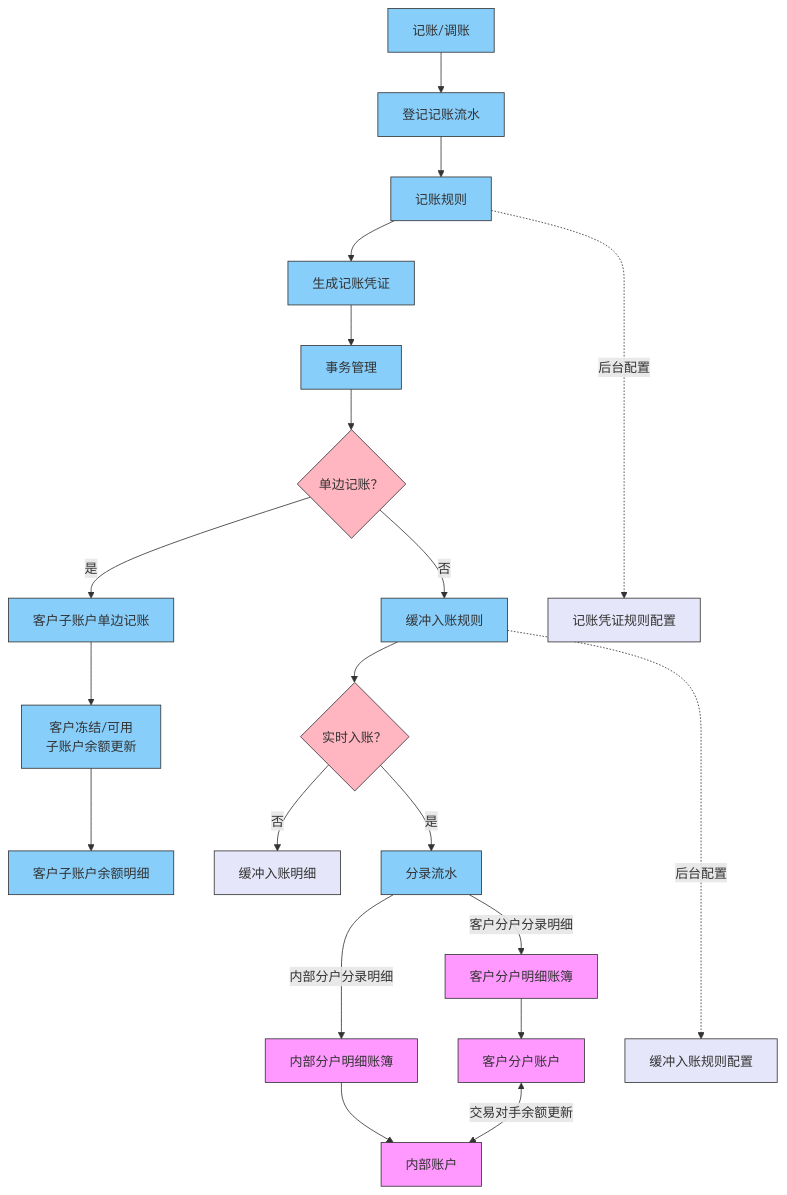
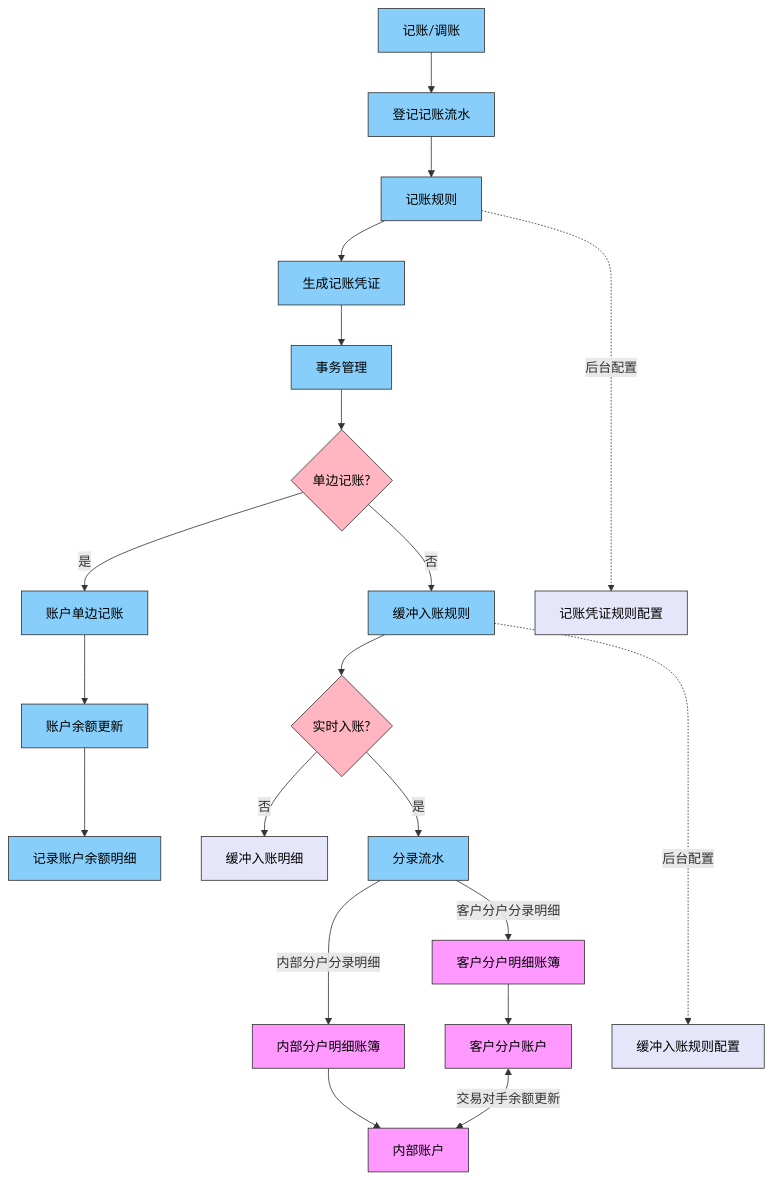
One commit to KayCheung/accounting changed the diagram in docs/design/flowchart/accounting_flow.mmd. Above: the diagram before and after it, drawn with Mermaid. The commit also changed 8 other files, not shown here.

```diff
--- a/docs/design/flowchart/accounting_flow.mmd
+++ b/docs/design/flowchart/accounting_flow.mmd
@@ -1,50 +1,50 @@
 %% 入账流程
 
 flowchart TB
-    classDef startend fill:#f9f,stroke:#333,stroke-width:1px
-    classDef process fill:#87CEFA,stroke:#333,stroke-width:1px
-    classDef decision fill:#FFB6C1,stroke:#333,stroke-width:1px
-    classDef config fill:#E6E6FA,stroke:#333,stroke-width:1px
+    classDef startend fill:#f9f,stroke:#333,stroke-width:1px,color:black
+    classDef process fill:#87CEFA,stroke:#333,stroke-width:1px,color:black
+    classDef decision fill:#FFB6C1,stroke:#333,stroke-width:1px,color:black
+    classDef config fill:#E6E6FA,stroke:#333,stroke-width:1px,color:black
     START[记账/调账]:::process
     LOG_JOURNAL[登记记账流水]:::process
     BOOK_RULE[记账规则]:::process
     %%DECISION_FREEZE{冻结？}:::decision
-    UNILATERAL_BOOK{单边记账？}:::decision
+    UNILATERAL_BOOK{单边记账?}:::decision
     GEN_VOUCHER[生成记账凭证]:::process
     TX_MANAGE[事务管理]:::process
-    SINGLE_ENTRY[客户子账户单边记账]:::process
-    UPDATE_SUB_BAL[客户冻结/可用<br/>子账户余额更新]:::process
-    SUB_BAL_DETAIL[客户子账户余额明细]:::process
+    SINGLE_ENTRY[账户单边记账]:::process
+    UPDATE_SUB_BAL[账户余额更新]:::process
+    SUB_BAL_DETAIL[记录账户余额明细]:::process
     CIF_LEDGER[客户分户明细账簿]:::startend
     CIF_ACCT[客户分户账户]:::startend
     BUFFER_RULE[缓冲入账规则]:::process
-    DECISION_REAL_TIME{实时入账？}:::decision
+    DECISION_REAL_TIME{实时入账?}:::decision
     BUFFER_ENTRY[缓冲入账明细]:::config
     JOURNAL_ENTRY[分录流水]:::process
     INTERNAL_LEDGER[内部分户明细账簿]:::startend
     INTERNAL_ACCT[内部账户]:::startend
     VOUCHER_CONFIG[记账凭证规则配置]:::config
     BUFFER_CONFIG[缓冲入账规则配置]:::config
 
     START --> LOG_JOURNAL
     LOG_JOURNAL --> BOOK_RULE
     BOOK_RULE --> GEN_VOUCHER
     %%BOOK_RULE --> DECISION_FREEZE
     %%DECISION_FREEZE -->|否| GEN_VOUCHER
     %%DECISION_FREEZE -->|是| SINGLE_ENTRY
     GEN_VOUCHER --> TX_MANAGE
     TX_MANAGE --> UNILATERAL_BOOK
     UNILATERAL_BOOK --是-->SINGLE_ENTRY
     UNILATERAL_BOOK --否-->BUFFER_RULE
     SINGLE_ENTRY --> UPDATE_SUB_BAL
     UPDATE_SUB_BAL --> SUB_BAL_DETAIL
     CIF_LEDGER --> CIF_ACCT
     BUFFER_RULE --> DECISION_REAL_TIME
     DECISION_REAL_TIME -->|否| BUFFER_ENTRY
     DECISION_REAL_TIME -->|是| JOURNAL_ENTRY
     JOURNAL_ENTRY --客户分户分录明细--> CIF_LEDGER
     JOURNAL_ENTRY --内部分户分录明细--> INTERNAL_LEDGER
     INTERNAL_LEDGER --> INTERNAL_ACCT
     CIF_ACCT <-->|交易对手余额更新| INTERNAL_ACCT
     BOOK_RULE -....->|后台配置| VOUCHER_CONFIG
     BUFFER_RULE -....->|后台配置| BUFFER_CONFIG
```
